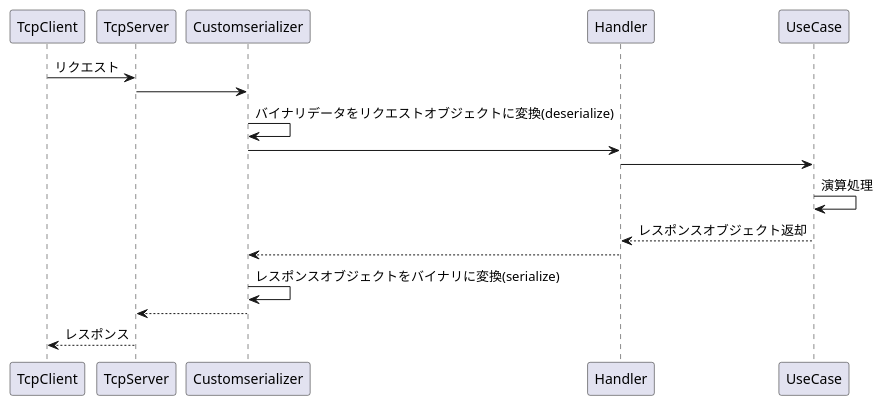
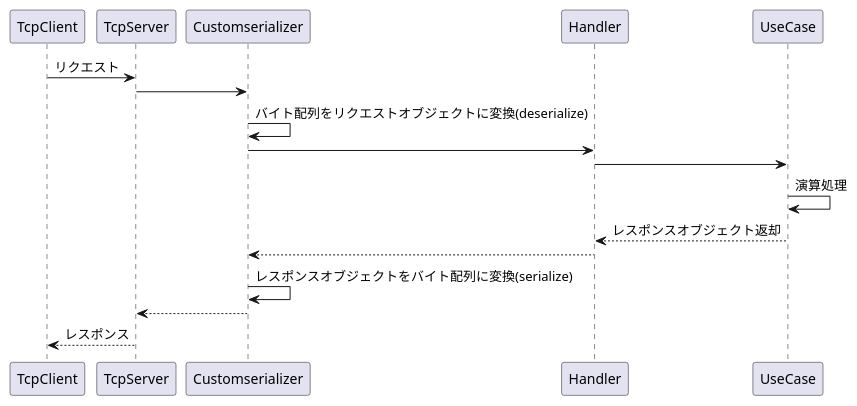
The diagram in docs/tcpServerFlow.pu (INatsukiI/practice-spring-boot-tcp), drawn with PlantUML before and after one commit.

Commit message:
fix: 文言修正

```diff
--- a/docs/tcpServerFlow.pu
+++ b/docs/tcpServerFlow.pu
@@ -1,20 +1,20 @@
 @startuml
 participant TcpClient as Client
 participant TcpServer as Server
 participant Customserializer as serializer
 participant Handler as handler
 participant UseCase as uc
 
 Client -> Server: リクエスト
 Server -> serializer
-serializer -> serializer: バイナリデータをリクエストオブジェクトに変換(deserialize)
+serializer -> serializer: バイト配列をリクエストオブジェクトに変換(deserialize)
 serializer -> handler
 handler -> uc
 uc -> uc: 演算処理
 uc --> handler: レスポンスオブジェクト返却
 handler --> serializer
-serializer -> serializer: レスポンスオブジェクトをバイナリに変換(serialize)
+serializer -> serializer: レスポンスオブジェクトをバイト配列に変換(serialize)
 serializer --> Server
 Server --> Client: レスポンス
 
 @enduml
```
